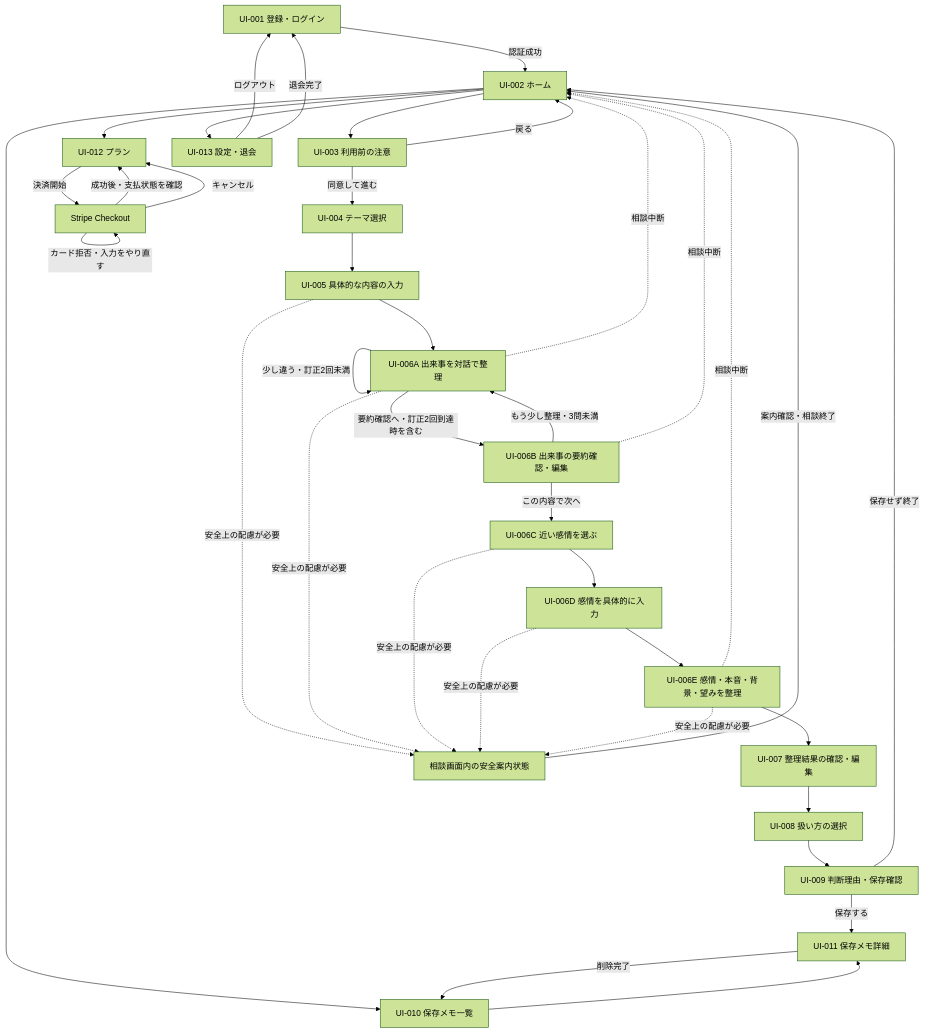
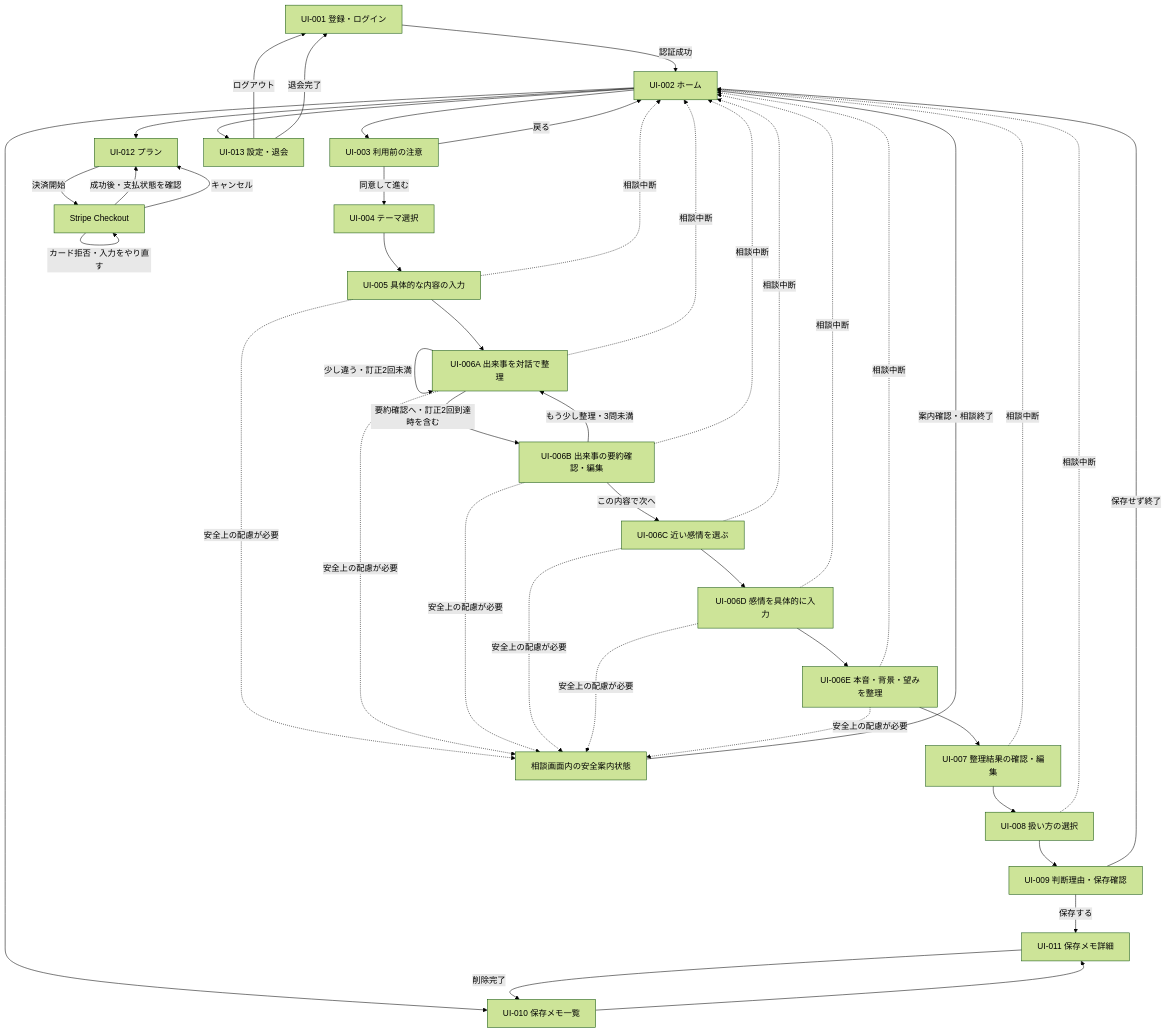
The diagram in docs/screen-design.md (ms-engineer-bc26-05/Section9_TeamD), drawn with Mermaid (forest theme) before and after one commit. The commit also changed other lines of this file and 15 other files, not shown here.

````diff
--- a/docs/screen-design.md
+++ b/docs/screen-design.md
@@ -87,41 +97,47 @@
 ```mermaid
 flowchart TD
     A[UI-001 登録・ログイン] -->|認証成功| B[UI-002 ホーム]
     B --> C[UI-003 利用前の注意]
     C -->|同意して進む| D[UI-004 テーマ選択]
     C -->|戻る| B
     D --> E[UI-005 具体的な内容の入力]
     E --> F1[UI-006A 出来事を対話で整理]
     F1 -->|理解が合う・質問を続ける| F1
     F1 -->|少し違う・訂正2回未満| F1
     F1 -->|要約確認へ・訂正2回到達時を含む| F2[UI-006B 出来事の要約確認・編集]
     F2 -->|この内容で次へ| F3[UI-006C 近い感情を選ぶ]
     F2 -->|もう少し整理・3問未満| F1
     F3 --> F4[UI-006D 感情を具体的に入力]
-    F4 --> F5[UI-006E 感情・本音・背景・望みを整理]
+    F4 --> F5[UI-006E 本音・背景・望みを整理]
     F5 --> G[UI-007 整理結果の確認・編集]
     E -.安全上の配慮が必要.-> Q[相談画面内の安全案内状態]
     F1 -.安全上の配慮が必要.-> Q
+    F2 -.安全上の配慮が必要.-> Q
     F3 -.安全上の配慮が必要.-> Q
     F4 -.安全上の配慮が必要.-> Q
     F5 -.安全上の配慮が必要.-> Q
     Q -->|案内確認・相談終了| B
     G --> H[UI-008 扱い方の選択]
     H --> I[UI-009 判断理由・保存確認]
     I -->|保存する| K[UI-011 保存メモ詳細]
     I -->|保存せず終了| B
     B --> J[UI-010 保存メモ一覧]
     J --> K
     K -->|削除完了| J
     B --> L[UI-012 プラン]
     L -->|決済開始| S[Stripe Checkout]
     S -->|成功後・支払状態を確認| L
     S -->|キャンセル| L
     S -->|カード拒否・入力をやり直す| S
     B --> M[UI-013 設定・退会]
     M -->|ログアウト| A
     M -->|退会完了| A
+    E -.相談中断.-> B
     F1 -.相談中断.-> B
     F2 -.相談中断.-> B
+    F3 -.相談中断.-> B
+    F4 -.相談中断.-> B
     F5 -.相談中断.-> B
+    G -.相談中断.-> B
+    H -.相談中断.-> B
 ```
````
